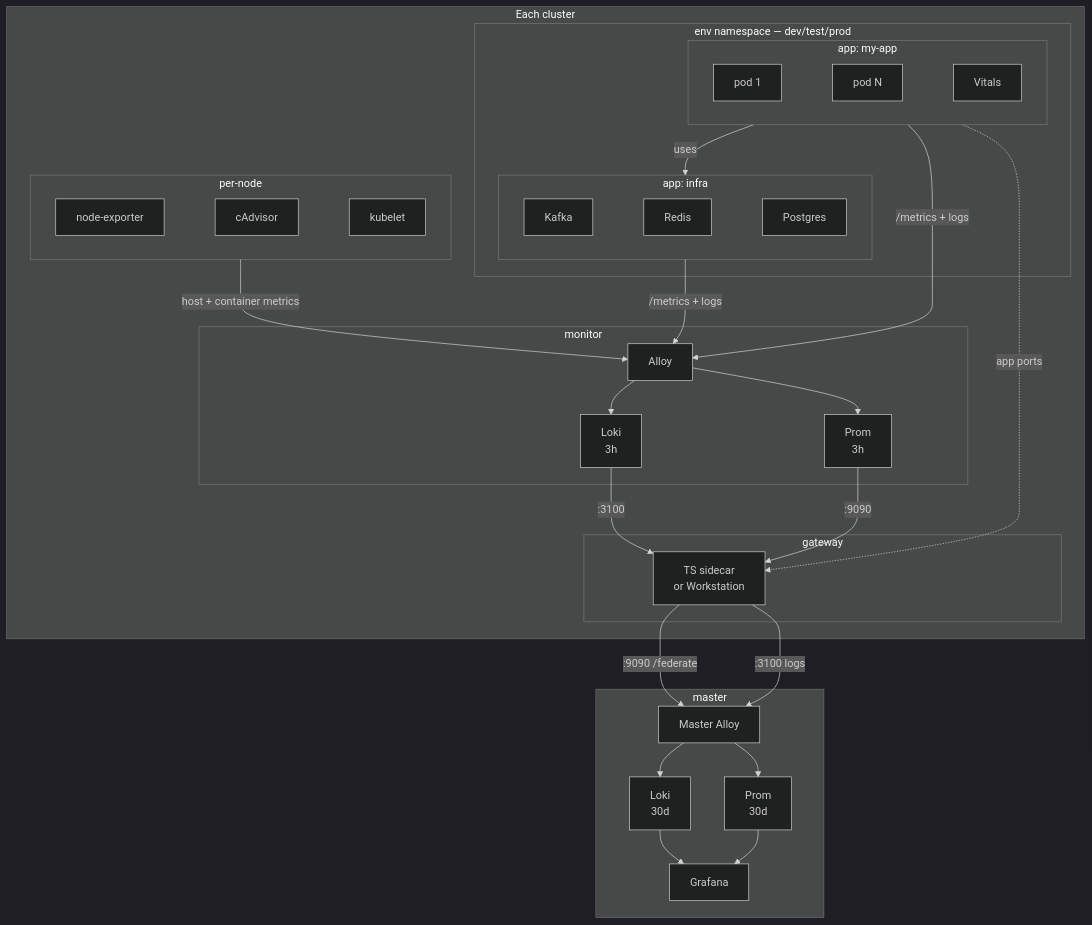
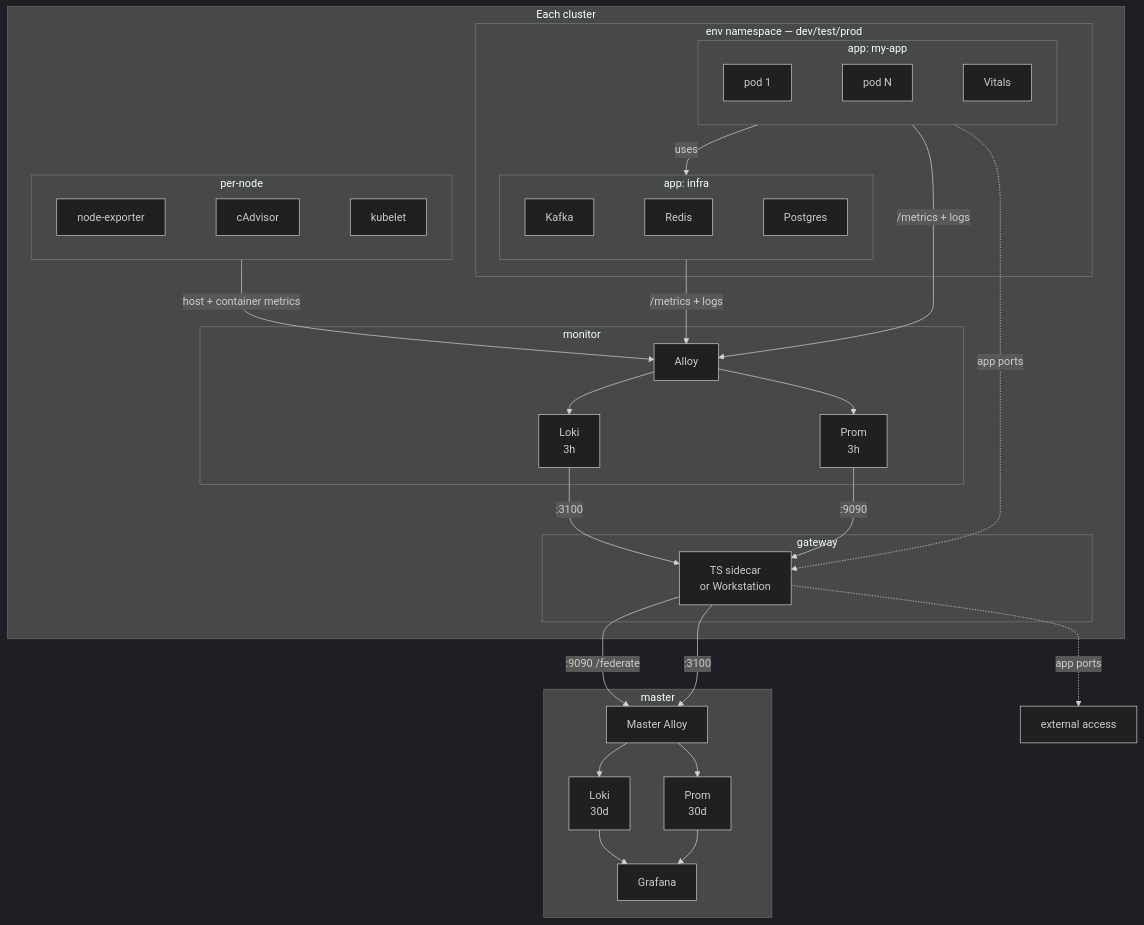
Before and after one commit to Kord96/kordinate: the fourth of 4 diagrams in docs/infrastructure.md, drawn with Mermaid (dark theme). The commit also changed other lines of this file and 1 other file, not shown here.

First line of the commit message:
Design: master reads logs from Gateway Loki, not K8s API

````diff
--- a/docs/infrastructure.md
+++ b/docs/infrastructure.md
@@ -97,49 +97,50 @@
 ```mermaid
 flowchart TB
     subgraph cluster[Each cluster]
         subgraph env[env namespace — dev/test/prod]
             subgraph myapp["app: my-app"]
                 P1[pod 1]
                 PN[pod N]
                 VIT[Vitals]
                 P1 ~~~ PN ~~~ VIT
             end
             subgraph infra["app: infra"]
                 KF[Kafka]
                 RD[Redis]
                 PG[Postgres]
                 KF ~~~ RD ~~~ PG
             end
         end
 
         subgraph nodes[per-node]
             NE[node-exporter]
             CA[cAdvisor]
             KL[kubelet]
             NE ~~~ CA ~~~ KL
         end
 
         subgraph mon[monitor]
             AL[Alloy] --> LK[Loki<br/>3h] & PR[Prom<br/>3h]
         end
 
         subgraph gw[gateway]
             GWT[TS sidecar<br/>or Workstation]
         end
 
         myapp -->|uses| infra
         myapp & infra -->|/metrics + logs| AL
         nodes -->|host + container metrics| AL
         PR -->|:9090| GWT
         LK -->|:3100| GWT
         myapp -.->|app ports| GWT
     end
 
     GWT -->|:9090 /federate| MA
-    GWT -->|:3100 logs| MA
+    GWT -->|:3100| MA
+    GWT -.->|app ports| EXT[external access]
 
     subgraph master[master]
         MA[Master Alloy] --> ML[Loki<br/>30d] & MP[Prom<br/>30d]
         MP & ML --> G[Grafana]
     end
 ```
````
